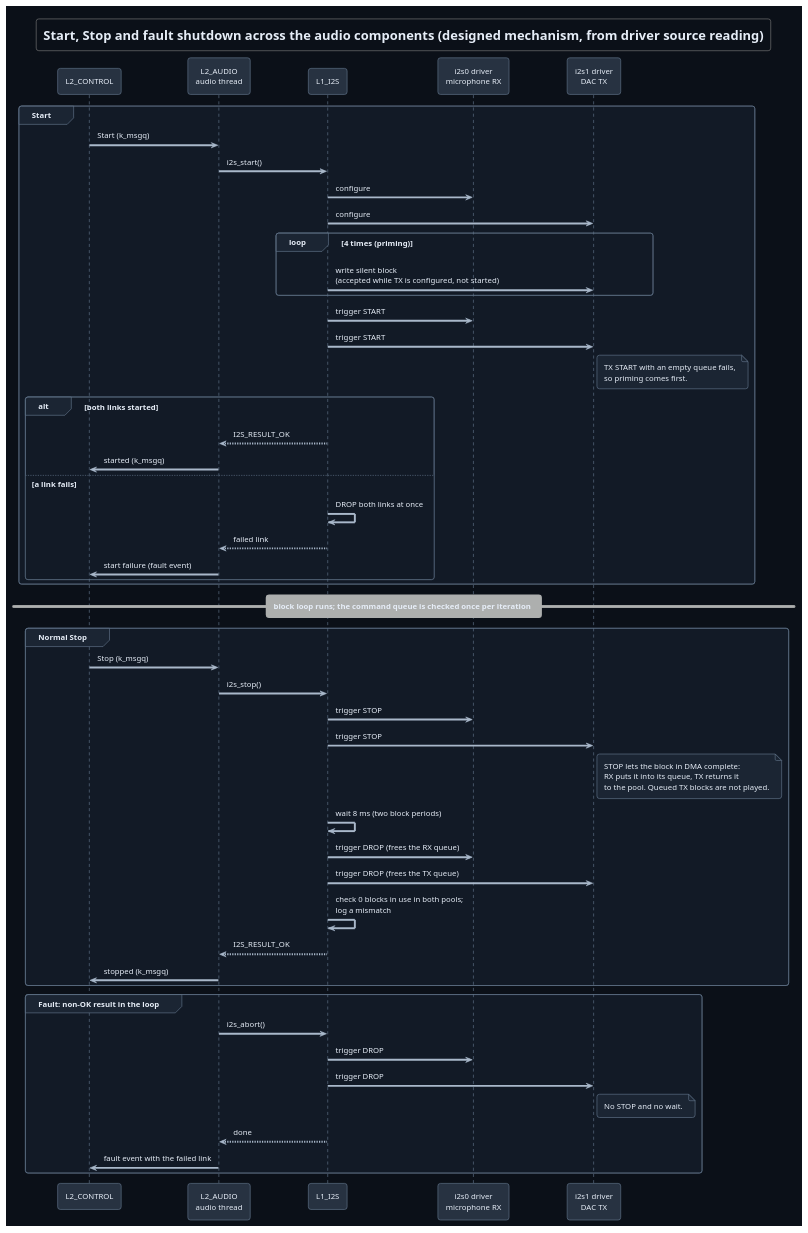
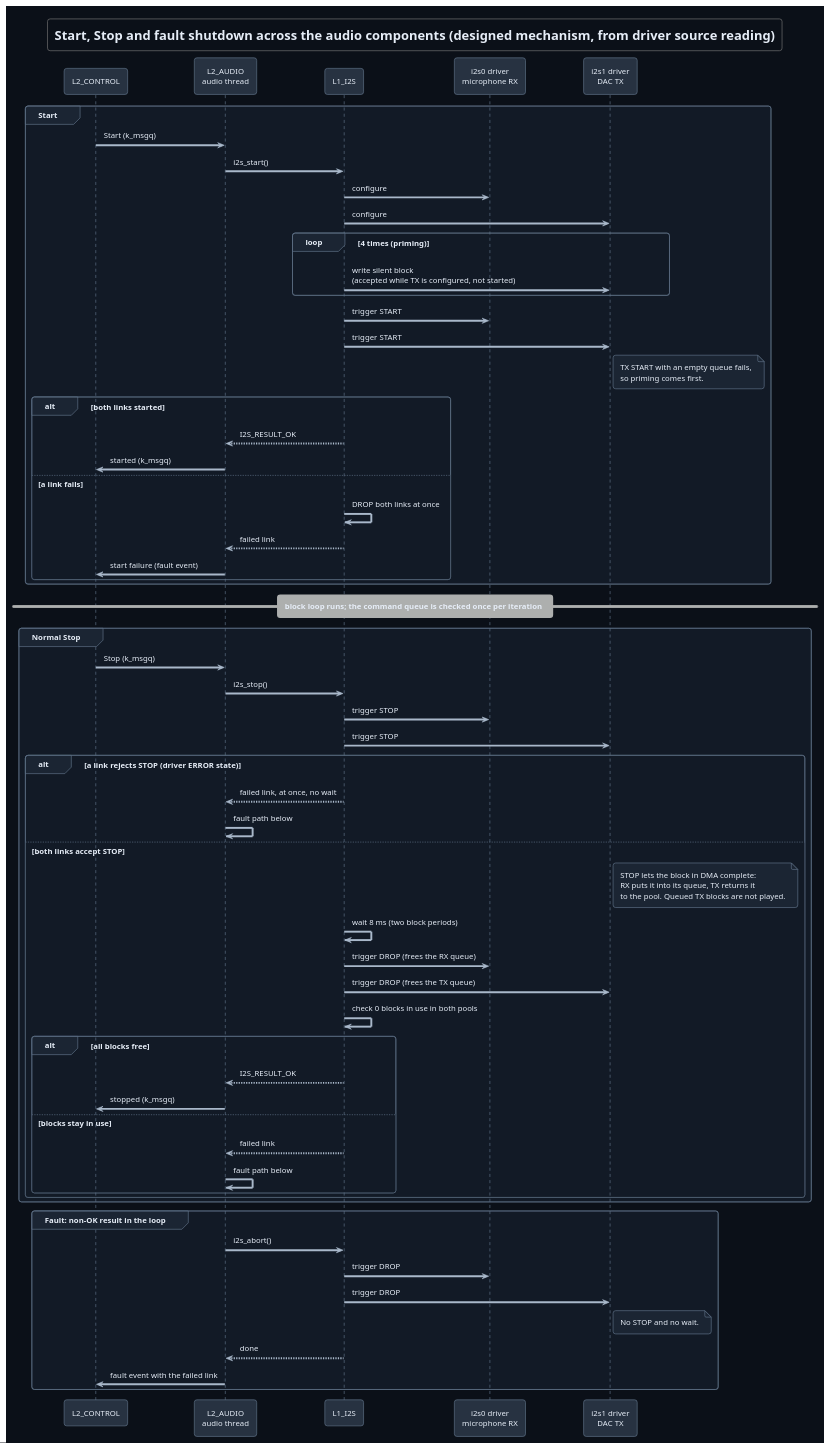
Before and after one commit to DemonicPsychoII/DigitalStethoscope: the diagram in Development/system/design/AUDIO/start-stop-sequence.puml, drawn with PlantUML. The commit also changed 6 other files, not shown here.

First line of the commit message:
TICKET-185: documentation: route a rejected or incomplete Stop to the audio fault path and test boot failures that the controllers can report

```diff
--- a/Development/system/design/AUDIO/start-stop-sequence.puml
+++ b/Development/system/design/AUDIO/start-stop-sequence.puml
@@ -1,86 +1,96 @@
 @startuml start_stop_sequence
 !theme cyborg
 !pragma layout smetana
 skinparam shadowing false
 skinparam defaultFontName SansSerif
 skinparam backgroundColor #0b1018
 skinparam defaultFontColor #e6edf7
 skinparam ArrowColor #a9b8ca
 skinparam ArrowFontColor #e6edf7
 skinparam sequence {
  ParticipantBackgroundColor #273241
  ParticipantBorderColor #61738a
  ParticipantFontColor #e6edf7
  LifeLineBorderColor #61738a
  GroupBorderColor #61738a
  GroupHeaderFontColor #e6edf7
  GroupBackgroundColor #1b2533
 }
 skinparam sequenceGroupBodyBackGroundColor #121a26
 skinparam note {
  BackgroundColor #1b2533
  BorderColor #61738a
  FontColor #e6edf7
 }
 title Start, Stop and fault shutdown across the audio components (designed mechanism, from driver source reading)
 participant "L2_CONTROL" as control
 participant "L2_AUDIO\naudio thread" as audio
 participant "L1_I2S" as transport
 participant "i2s0 driver\nmicrophone RX" as receiveDriver
 participant "i2s1 driver\nDAC TX" as transmitDriver
 
 group Start
   control -> audio : Start (k_msgq)
   audio -> transport : i2s_start()
   transport -> receiveDriver : configure
   transport -> transmitDriver : configure
   loop 4 times (priming)
     transport -> transmitDriver : write silent block\n(accepted while TX is configured, not started)
   end
   transport -> receiveDriver : trigger START
   transport -> transmitDriver : trigger START
   note right of transmitDriver
     TX START with an empty queue fails,
     so priming comes first.
   end note
   alt both links started
     transport --> audio : I2S_RESULT_OK
     audio -> control : started (k_msgq)
   else a link fails
     transport -> transport : DROP both links at once
     transport --> audio : failed link
     audio -> control : start failure (fault event)
   end
 end
 
 == block loop runs; the command queue is checked once per iteration ==
 
 group Normal Stop
   control -> audio : Stop (k_msgq)
   audio -> transport : i2s_stop()
   transport -> receiveDriver : trigger STOP
   transport -> transmitDriver : trigger STOP
-  note right of transmitDriver
-    STOP lets the block in DMA complete:
-    RX puts it into its queue, TX returns it
-    to the pool. Queued TX blocks are not played.
-  end note
-  transport -> transport : wait 8 ms (two block periods)
-  transport -> receiveDriver : trigger DROP (frees the RX queue)
-  transport -> transmitDriver : trigger DROP (frees the TX queue)
-  transport -> transport : check 0 blocks in use in both pools;\nlog a mismatch
-  transport --> audio : I2S_RESULT_OK
-  audio -> control : stopped (k_msgq)
+  alt a link rejects STOP (driver ERROR state)
+    transport --> audio : failed link, at once, no wait
+    audio -> audio : fault path below
+  else both links accept STOP
+    note right of transmitDriver
+      STOP lets the block in DMA complete:
+      RX puts it into its queue, TX returns it
+      to the pool. Queued TX blocks are not played.
+    end note
+    transport -> transport : wait 8 ms (two block periods)
+    transport -> receiveDriver : trigger DROP (frees the RX queue)
+    transport -> transmitDriver : trigger DROP (frees the TX queue)
+    transport -> transport : check 0 blocks in use in both pools
+    alt all blocks free
+      transport --> audio : I2S_RESULT_OK
+      audio -> control : stopped (k_msgq)
+    else blocks stay in use
+      transport --> audio : failed link
+      audio -> audio : fault path below
+    end
+  end
 end
 
 group Fault: non-OK result in the loop
   audio -> transport : i2s_abort()
   transport -> receiveDriver : trigger DROP
   transport -> transmitDriver : trigger DROP
   note right of transmitDriver
     No STOP and no wait.
   end note
   transport --> audio : done
   audio -> control : fault event with the failed link
 end
 @enduml
```
